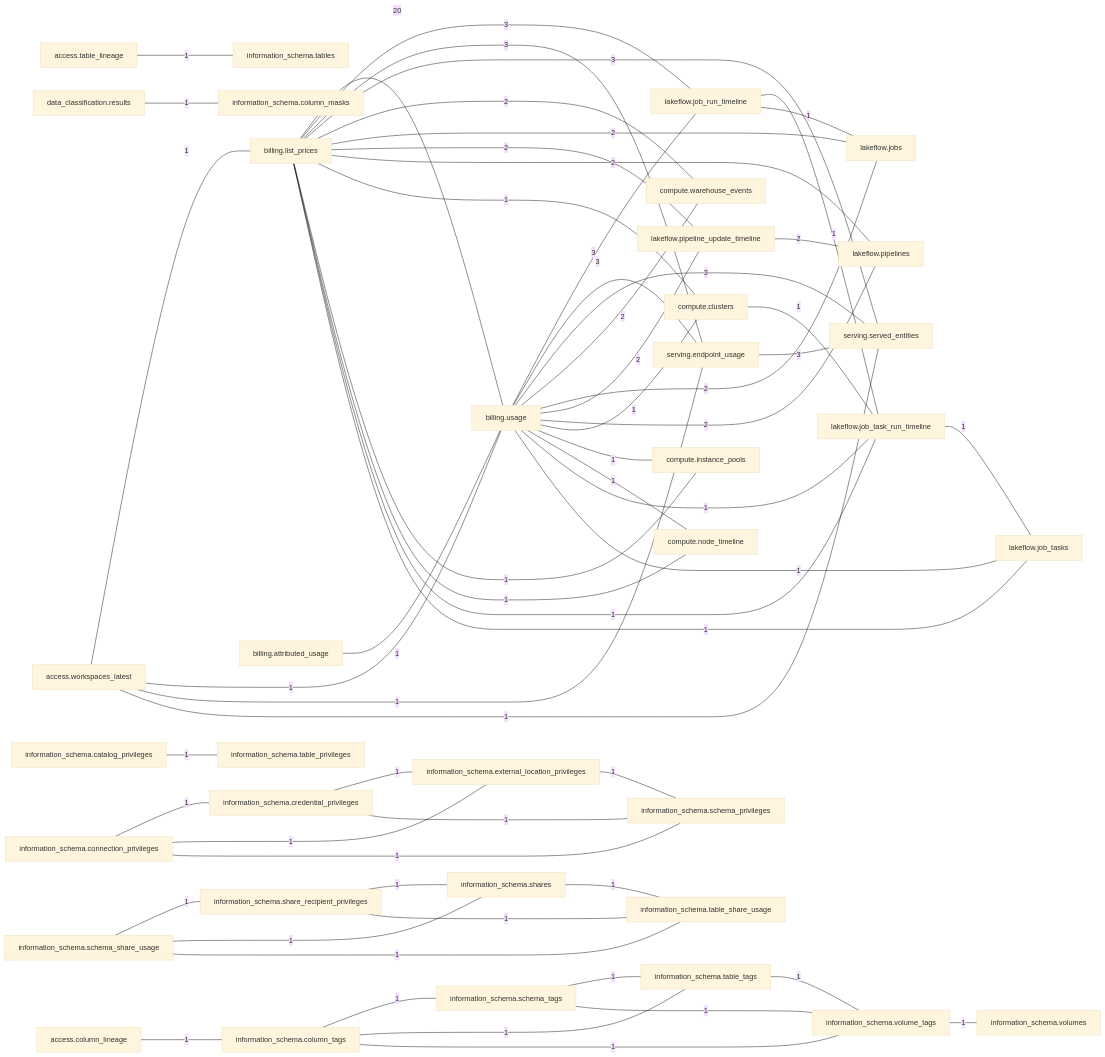
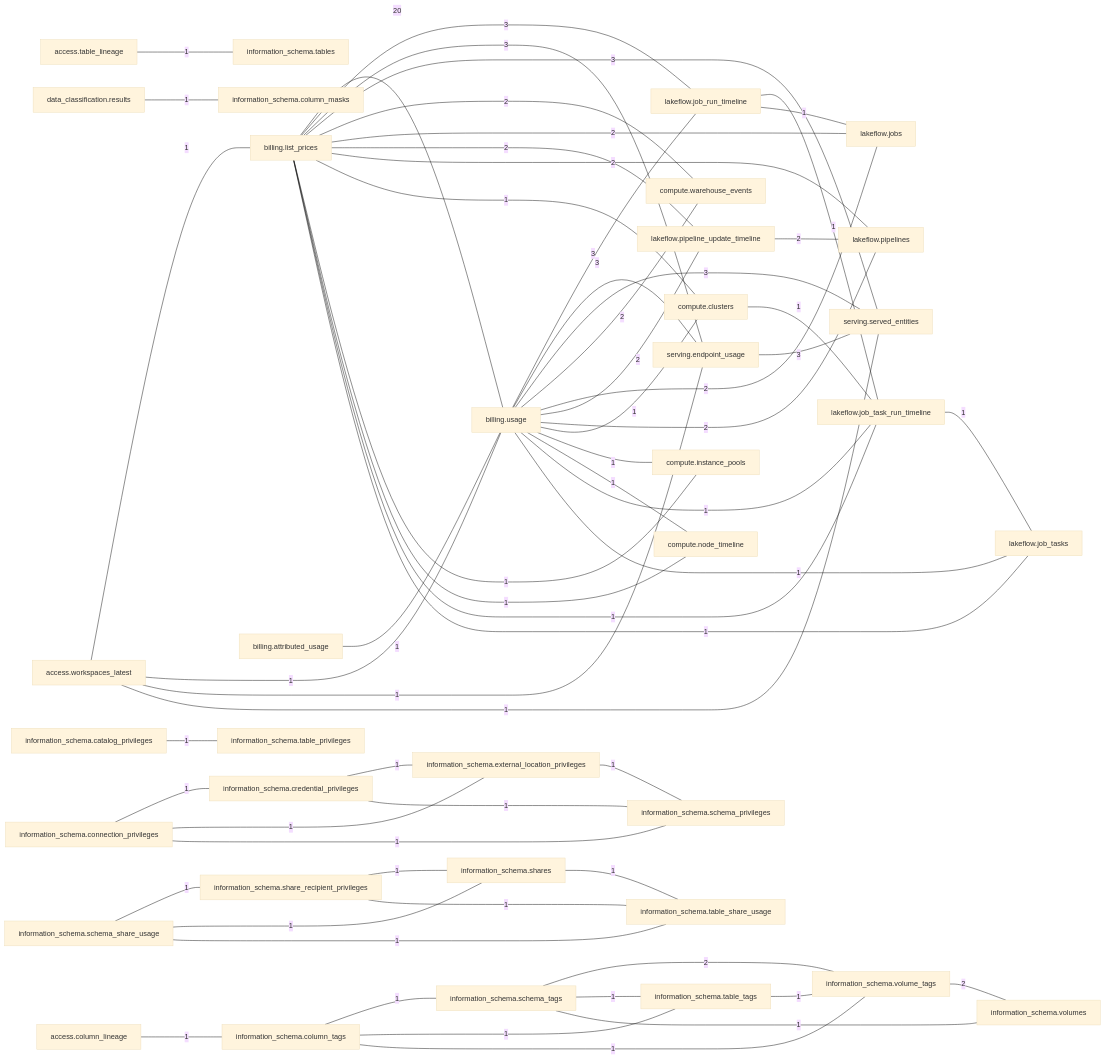
Before and after one commit to darshanmeel/crosshire-audit-databricks-admin: the eighth of 8 diagrams in lineage/query_lineage.md, drawn with Mermaid (base theme). The commit also changed other lines of this file and 6 other files, not shown here.

First line of the commit message:
Add access_pii_outside_tables governance query + document info_schema enablement

````diff
--- a/lineage/query_lineage.md
+++ b/lineage/query_lineage.md
@@ -294,62 +297,63 @@
 ```mermaid
 graph LR
   system_billing_list_prices["billing.list_prices"] --- |20| system_billing_usage["billing.usage"]
   system_billing_list_prices["billing.list_prices"] --- |3| system_lakeflow_job_run_timeline["lakeflow.job_run_timeline"]
   system_billing_list_prices["billing.list_prices"] --- |3| system_serving_endpoint_usage["serving.endpoint_usage"]
   system_billing_list_prices["billing.list_prices"] --- |3| system_serving_served_entities["serving.served_entities"]
   system_billing_usage["billing.usage"] --- |3| system_lakeflow_job_run_timeline["lakeflow.job_run_timeline"]
   system_billing_usage["billing.usage"] --- |3| system_serving_endpoint_usage["serving.endpoint_usage"]
   system_billing_usage["billing.usage"] --- |3| system_serving_served_entities["serving.served_entities"]
   system_serving_endpoint_usage["serving.endpoint_usage"] --- |3| system_serving_served_entities["serving.served_entities"]
   system_billing_list_prices["billing.list_prices"] --- |2| system_compute_warehouse_events["compute.warehouse_events"]
   system_billing_list_prices["billing.list_prices"] --- |2| system_lakeflow_jobs["lakeflow.jobs"]
   system_billing_list_prices["billing.list_prices"] --- |2| system_lakeflow_pipeline_update_timeline["lakeflow.pipeline_update_timeline"]
   system_billing_list_prices["billing.list_prices"] --- |2| system_lakeflow_pipelines["lakeflow.pipelines"]
   system_billing_usage["billing.usage"] --- |2| system_compute_warehouse_events["compute.warehouse_events"]
   system_billing_usage["billing.usage"] --- |2| system_lakeflow_jobs["lakeflow.jobs"]
   system_billing_usage["billing.usage"] --- |2| system_lakeflow_pipeline_update_timeline["lakeflow.pipeline_update_timeline"]
   system_billing_usage["billing.usage"] --- |2| system_lakeflow_pipelines["lakeflow.pipelines"]
+  system_information_schema_schema_tags["information_schema.schema_tags"] --- |2| system_information_schema_volume_tags["information_schema.volume_tags"]
+  system_information_schema_volume_tags["information_schema.volume_tags"] --- |2| system_information_schema_volumes["information_schema.volumes"]
   system_lakeflow_pipeline_update_timeline["lakeflow.pipeline_update_timeline"] --- |2| system_lakeflow_pipelines["lakeflow.pipelines"]
   system_access_column_lineage["access.column_lineage"] --- |1| system_information_schema_column_tags["information_schema.column_tags"]
   system_access_table_lineage["access.table_lineage"] --- |1| system_information_schema_tables["information_schema.tables"]
   system_access_workspaces_latest["access.workspaces_latest"] --- |1| system_billing_list_prices["billing.list_prices"]
   system_access_workspaces_latest["access.workspaces_latest"] --- |1| system_billing_usage["billing.usage"]
   system_access_workspaces_latest["access.workspaces_latest"] --- |1| system_serving_endpoint_usage["serving.endpoint_usage"]
   system_access_workspaces_latest["access.workspaces_latest"] --- |1| system_serving_served_entities["serving.served_entities"]
   system_billing_attributed_usage["billing.attributed_usage"] --- |1| system_billing_usage["billing.usage"]
   system_billing_list_prices["billing.list_prices"] --- |1| system_compute_clusters["compute.clusters"]
   system_billing_list_prices["billing.list_prices"] --- |1| system_compute_instance_pools["compute.instance_pools"]
   system_billing_list_prices["billing.list_prices"] --- |1| system_compute_node_timeline["compute.node_timeline"]
   system_billing_list_prices["billing.list_prices"] --- |1| system_lakeflow_job_task_run_timeline["lakeflow.job_task_run_timeline"]
   system_billing_list_prices["billing.list_prices"] --- |1| system_lakeflow_job_tasks["lakeflow.job_tasks"]
   system_billing_usage["billing.usage"] --- |1| system_compute_clusters["compute.clusters"]
   system_billing_usage["billing.usage"] --- |1| system_compute_instance_pools["compute.instance_pools"]
   system_billing_usage["billing.usage"] --- |1| system_compute_node_timeline["compute.node_timeline"]
   system_billing_usage["billing.usage"] --- |1| system_lakeflow_job_task_run_timeline["lakeflow.job_task_run_timeline"]
   system_billing_usage["billing.usage"] --- |1| system_lakeflow_job_tasks["lakeflow.job_tasks"]
   system_compute_clusters["compute.clusters"] --- |1| system_lakeflow_job_task_run_timeline["lakeflow.job_task_run_timeline"]
   system_data_classification_results["data_classification.results"] --- |1| system_information_schema_column_masks["information_schema.column_masks"]
   system_information_schema_catalog_privileges["information_schema.catalog_privileges"] --- |1| system_information_schema_table_privileges["information_schema.table_privileges"]
   system_information_schema_column_tags["information_schema.column_tags"] --- |1| system_information_schema_schema_tags["information_schema.schema_tags"]
   system_information_schema_column_tags["information_schema.column_tags"] --- |1| system_information_schema_table_tags["information_schema.table_tags"]
   system_information_schema_column_tags["information_schema.column_tags"] --- |1| system_information_schema_volume_tags["information_schema.volume_tags"]
   system_information_schema_connection_privileges["information_schema.connection_privileges"] --- |1| system_information_schema_credential_privileges["information_schema.credential_privileges"]
   system_information_schema_connection_privileges["information_schema.connection_privileges"] --- |1| system_information_schema_external_location_privileges["information_schema.external_location_privileges"]
   system_information_schema_connection_privileges["information_schema.connection_privileges"] --- |1| system_information_schema_schema_privileges["information_schema.schema_privileges"]
   system_information_schema_credential_privileges["information_schema.credential_privileges"] --- |1| system_information_schema_external_location_privileges["information_schema.external_location_privileges"]
   system_information_schema_credential_privileges["information_schema.credential_privileges"] --- |1| system_information_schema_schema_privileges["information_schema.schema_privileges"]
   system_information_schema_external_location_privileges["information_schema.external_location_privileges"] --- |1| system_information_schema_schema_privileges["information_schema.schema_privileges"]
   system_information_schema_schema_share_usage["information_schema.schema_share_usage"] --- |1| system_information_schema_share_recipient_privileges["information_schema.share_recipient_privileges"]
   system_information_schema_schema_share_usage["information_schema.schema_share_usage"] --- |1| system_information_schema_shares["information_schema.shares"]
   system_information_schema_schema_share_usage["information_schema.schema_share_usage"] --- |1| system_information_schema_table_share_usage["information_schema.table_share_usage"]
   system_information_schema_schema_tags["information_schema.schema_tags"] --- |1| system_information_schema_table_tags["information_schema.table_tags"]
-  system_information_schema_schema_tags["information_schema.schema_tags"] --- |1| system_information_schema_volume_tags["information_schema.volume_tags"]
+  system_information_schema_schema_tags["information_schema.schema_tags"] --- |1| system_information_schema_volumes["information_schema.volumes"]
   system_information_schema_share_recipient_privileges["information_schema.share_recipient_privileges"] --- |1| system_information_schema_shares["information_schema.shares"]
   system_information_schema_share_recipient_privileges["information_schema.share_recipient_privileges"] --- |1| system_information_schema_table_share_usage["information_schema.table_share_usage"]
   system_information_schema_shares["information_schema.shares"] --- |1| system_information_schema_table_share_usage["information_schema.table_share_usage"]
   system_information_schema_table_tags["information_schema.table_tags"] --- |1| system_information_schema_volume_tags["information_schema.volume_tags"]
-  system_information_schema_volume_tags["information_schema.volume_tags"] --- |1| system_information_schema_volumes["information_schema.volumes"]
   system_lakeflow_job_run_timeline["lakeflow.job_run_timeline"] --- |1| system_lakeflow_job_task_run_timeline["lakeflow.job_task_run_timeline"]
   system_lakeflow_job_run_timeline["lakeflow.job_run_timeline"] --- |1| system_lakeflow_jobs["lakeflow.jobs"]
   system_lakeflow_job_task_run_timeline["lakeflow.job_task_run_timeline"] --- |1| system_lakeflow_job_tasks["lakeflow.job_tasks"]
 ```
````
